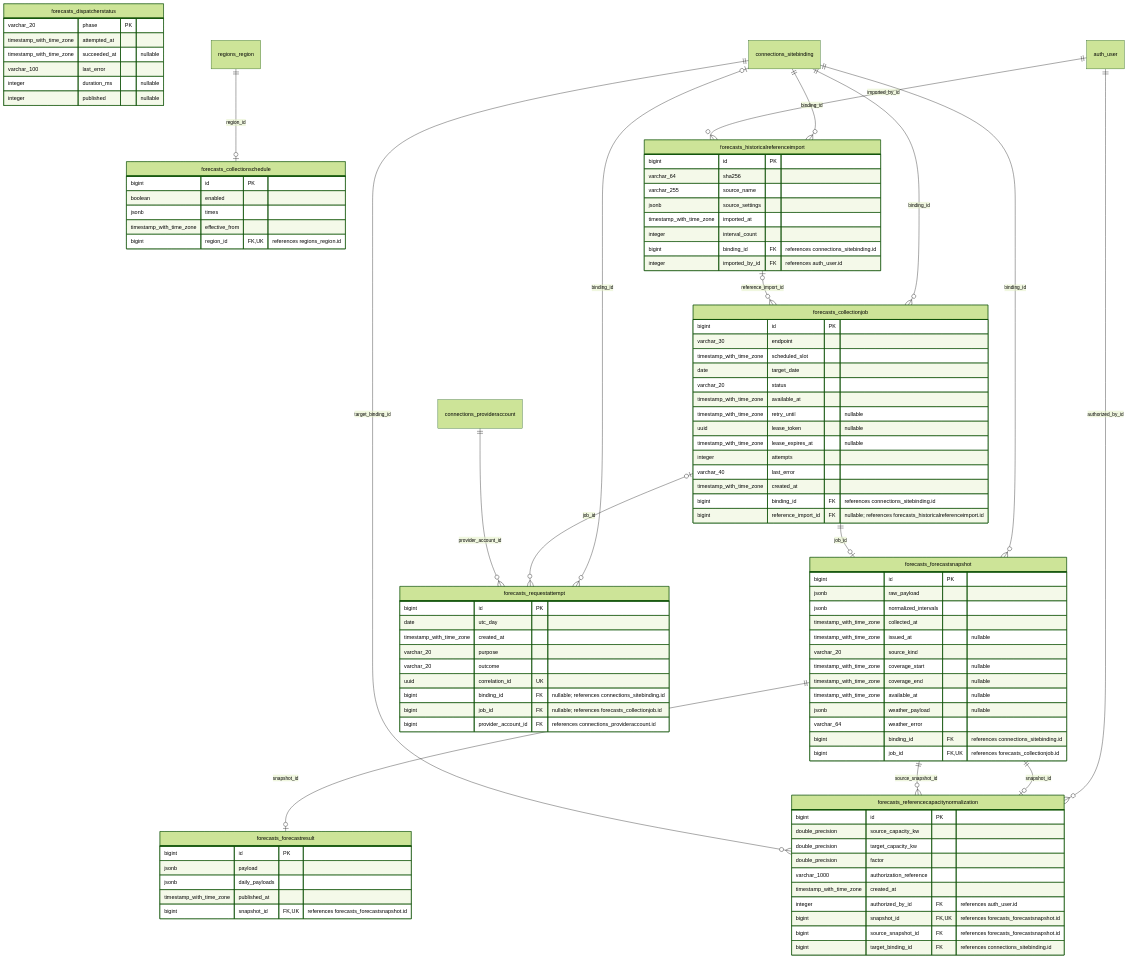
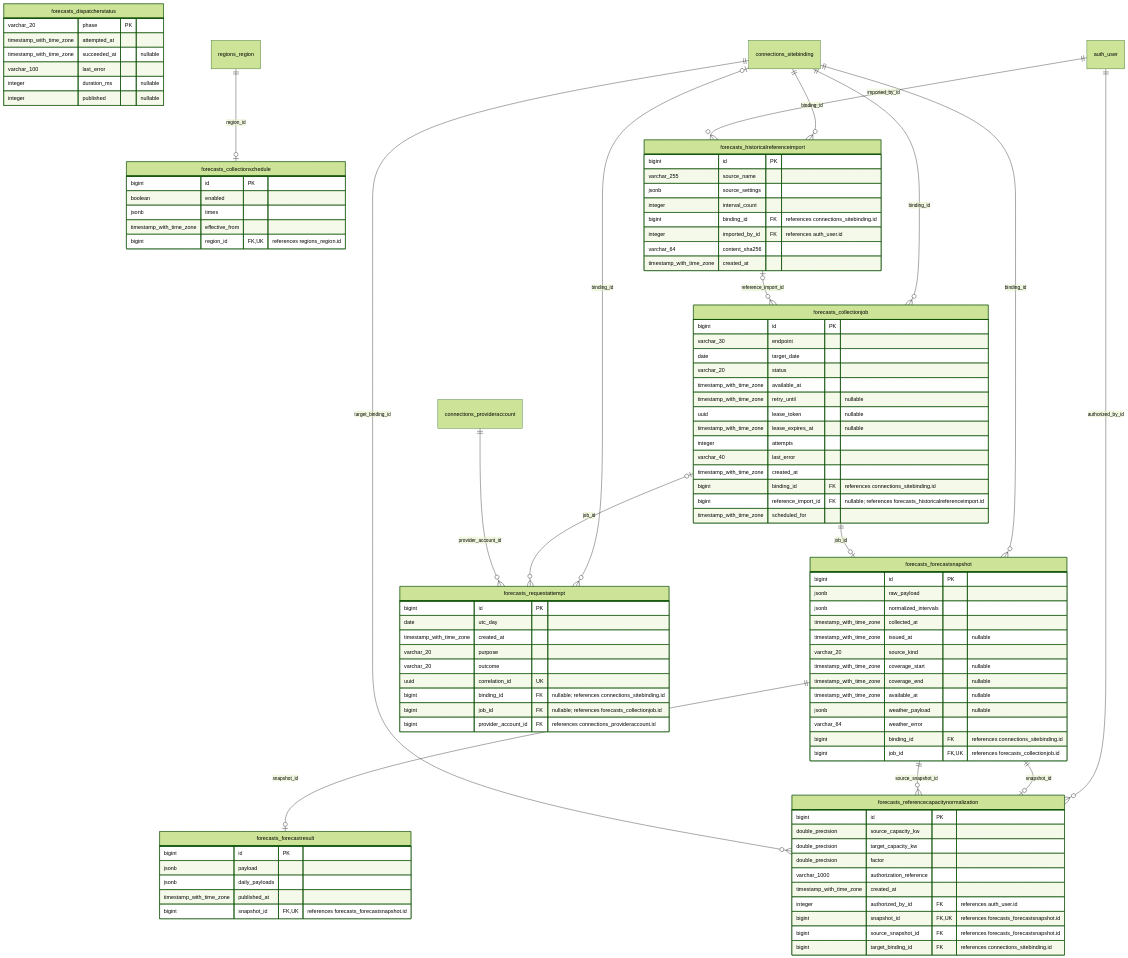
The fifth of 18 diagrams in docs/DATA_MODEL.md (erkurtharun/pyracast), drawn with Mermaid (forest theme) before and after one commit. The commit also changed other lines of this file and 192 other files, not shown here.

First line of the commit message:
Apply one schema naming convention and define active rows and provider intervals once (#53)

```diff
--- a/docs/DATA_MODEL.md
+++ b/docs/DATA_MODEL.md
@@ -448,7 +449,6 @@
     forecasts_collectionjob {
         bigint id PK
         varchar_30 endpoint
-        timestamp_with_time_zone scheduled_slot
         date target_date
         varchar_20 status
         timestamp_with_time_zone available_at
@@ -460,6 +460,7 @@
         timestamp_with_time_zone created_at
         bigint binding_id FK "references connections_sitebinding.id"
         bigint reference_import_id FK "nullable; references forecasts_historicalreferenceimport.id"
+        timestamp_with_time_zone scheduled_for
     }
     forecasts_collectionschedule {
         bigint id PK
@@ -500,13 +501,13 @@
     }
     forecasts_historicalreferenceimport {
         bigint id PK
-        varchar_64 sha256
         varchar_255 source_name
         jsonb source_settings
-        timestamp_with_time_zone imported_at
         integer interval_count
         bigint binding_id FK "references connections_sitebinding.id"
         integer imported_by_id FK "references auth_user.id"
+        varchar_64 content_sha256
+        timestamp_with_time_zone created_at
     }
     forecasts_referencecapacitynormalization {
         bigint id PK
```
